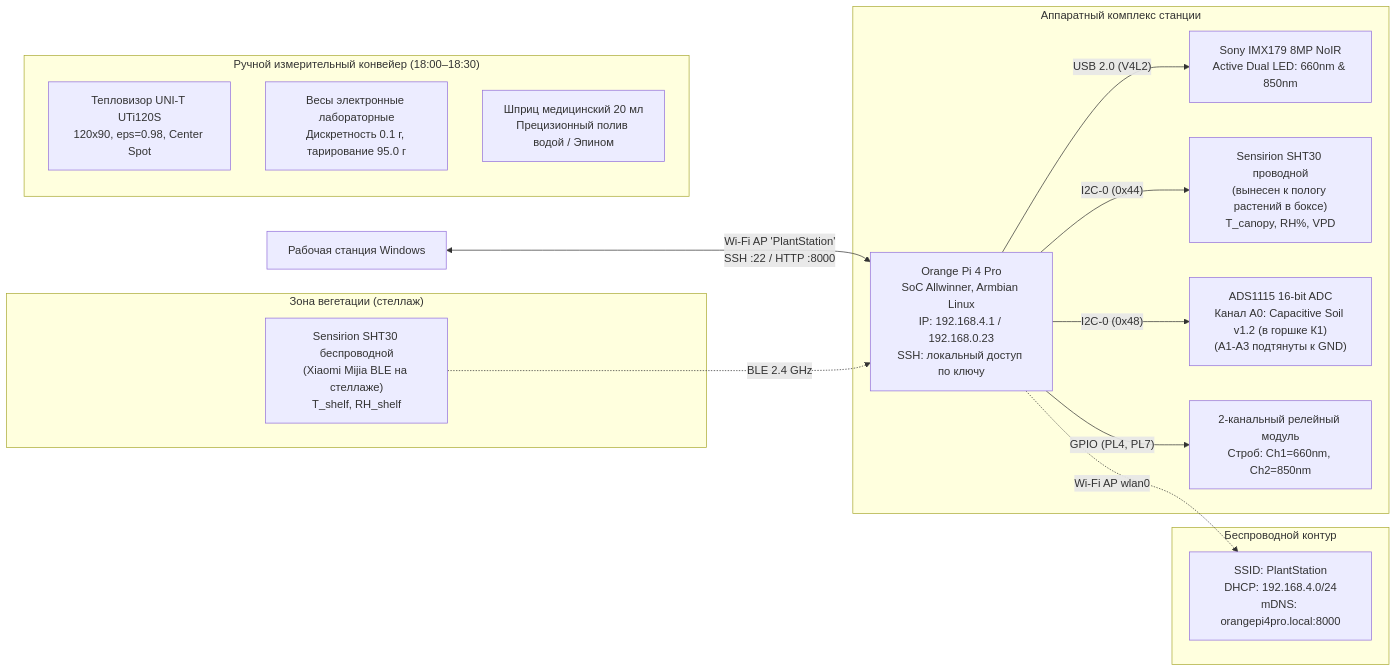
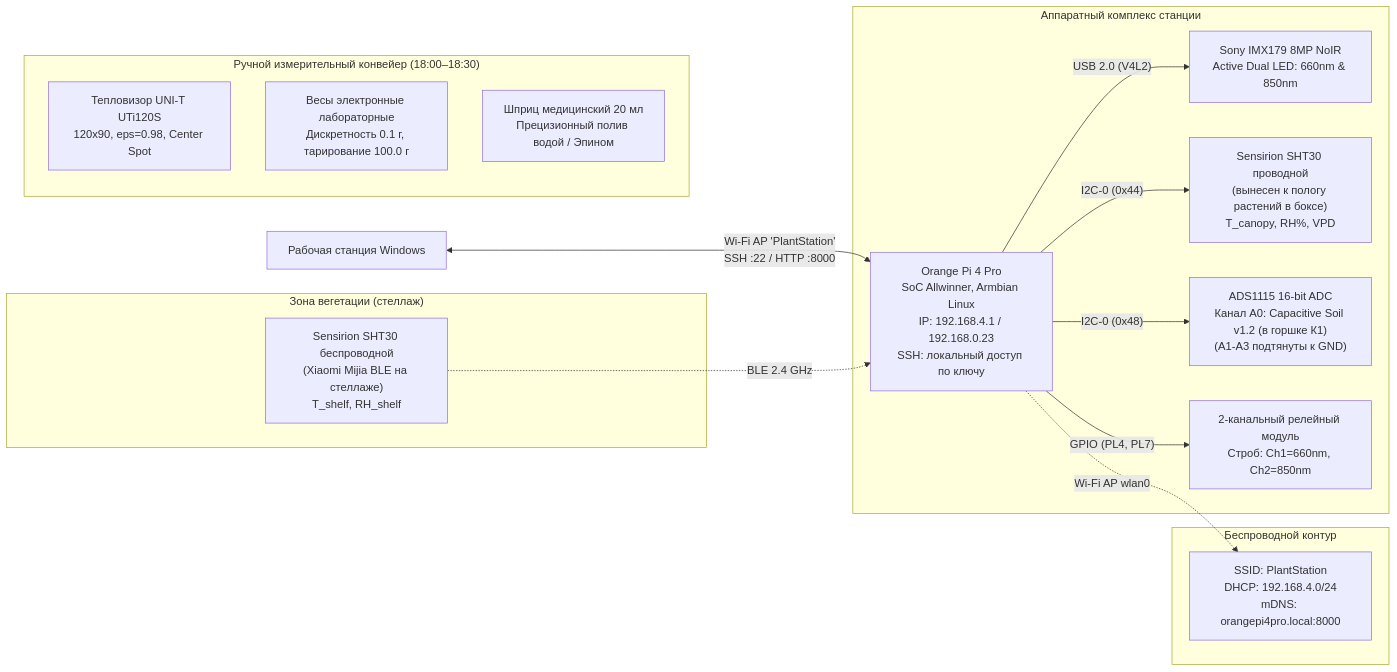
The diagram in docs/wave2/HANDOFF_WAVE2.md (ezicvtumane/plant-stress-ndvi), drawn with Mermaid before and after one commit. The commit also changed other lines of this file and 9 other files, not shown here.

````diff
--- a/docs/wave2/HANDOFF_WAVE2.md
+++ b/docs/wave2/HANDOFF_WAVE2.md
@@ -48,25 +48,25 @@
 ```mermaid
 flowchart LR
     PC["Рабочая станция Windows"] <-->|"Wi-Fi AP 'PlantStation'<br>SSH :22 / HTTP :8000"| OPi["Orange Pi 4 Pro<br>SoC Allwinner, Armbian Linux<br>IP: 192.168.4.1 / 192.168.0.23<br>SSH: локальный доступ по ключу"]
     
     subgraph OPi_Peripherals["Аппаратный комплекс станции"]
         OPi -->|"USB 2.0 (V4L2)"| CAM["Sony IMX179 8MP NoIR<br>Active Dual LED: 660nm & 850nm"]
         OPi -->|"I2C-0 (0x44)"| SHT_CANOPY["Sensirion SHT30 проводной<br>(вынесен к пологу растений в боксе)<br>T_canopy, RH%, VPD"]
         OPi -->|"I2C-0 (0x48)"| ADC["ADS1115 16-bit ADC<br>Канал A0: Capacitive Soil v1.2 (в горшке К1)<br>(A1-A3 подтянуты к GND)"]
         OPi -->|"GPIO (PL4, PL7)"| RELAY["2-канальный релейный модуль<br>Строб: Ch1=660nm, Ch2=850nm"]
     end
 
     subgraph Shelf_Zone["Зона вегетации (стеллаж)"]
         SHT_SHELF["Sensirion SHT30 беспроводной<br>(Xiaomi Mijia BLE на стеллаже)<br>T_shelf, RH_shelf"] -.->|"BLE 2.4 GHz"| OPi
     end
 
     subgraph Mobile_AP["Беспроводной контур"]
         OPi -.->|"Wi-Fi AP wlan0"| AP["SSID: PlantStation<br>DHCP: 192.168.4.0/24<br>mDNS: orangepi4pro.local:8000"]
     end
 
     subgraph Operator_Hardware["Ручной измерительный конвейер (18:00–18:30)"]
         LWIR["Тепловизор UNI-T UTi120S<br>120x90, eps=0.98, Center Spot"]
-        SCALE["Весы электронные лабораторные<br>Дискретность 0.1 г, тарирование 95.0 г"]
+        SCALE["Весы электронные лабораторные<br>Дискретность 0.1 г, тарирование 100.0 г"]
         SYRINGE["Шприц медицинский 20 мл<br>Прецизионный полив водой / Эпином"]
     end
 ```
````
